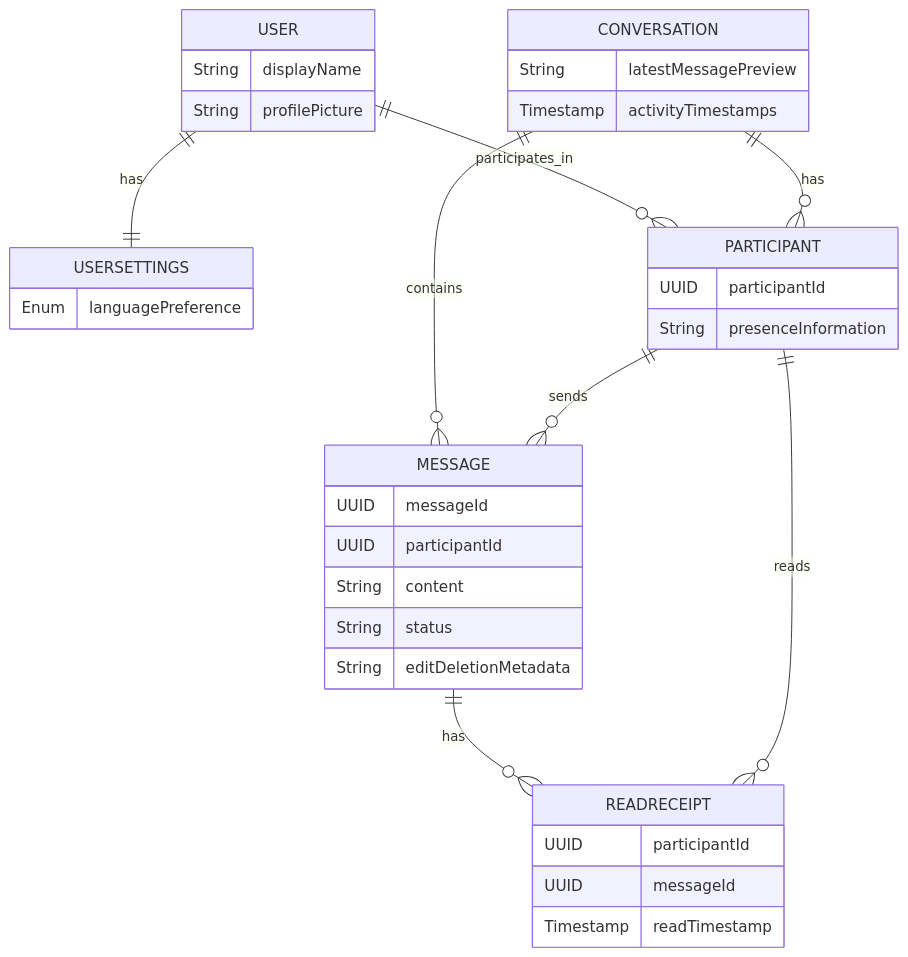
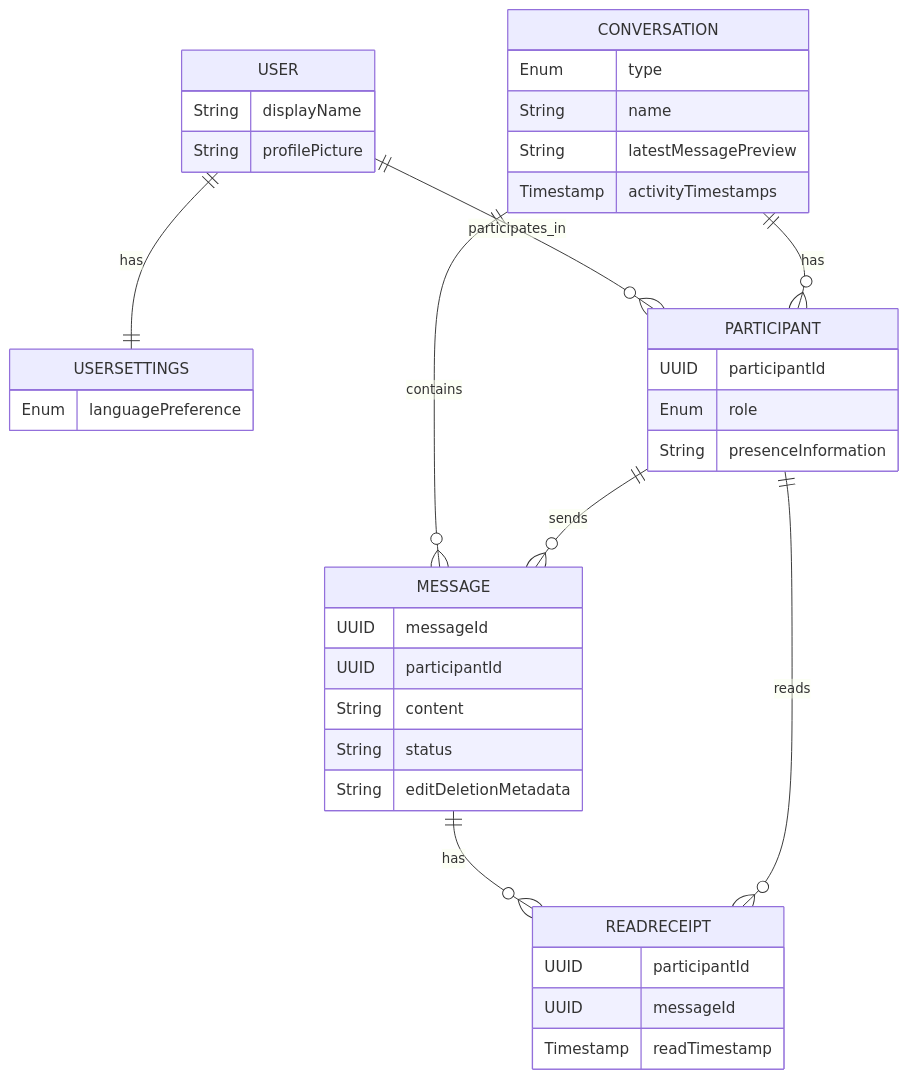
The diagram in docs/Specification.md (timurgilfanov/messenger), drawn with Mermaid before and after one commit. The commit also changed other lines of this file, not shown here.

````diff
--- a/docs/Specification.md
+++ b/docs/Specification.md
@@ -214,38 +240,41 @@
 ```mermaid
 erDiagram
     USER {
         String displayName
         String profilePicture                
     }
     USERSETTINGS {
         Enum languagePreference
     }
     CONVERSATION {
+        Enum type
+        String name
         String latestMessagePreview
         Timestamp activityTimestamps
     }
     PARTICIPANT {
         UUID participantId
+        Enum role
         String presenceInformation
     }
     MESSAGE {
         UUID messageId
         UUID participantId
         String content
         String status
         String editDeletionMetadata        
     }
     READRECEIPT {
         UUID participantId
         UUID messageId
         Timestamp readTimestamp
     }
 
     USER ||--o{ PARTICIPANT : participates_in
     USER ||--|| USERSETTINGS : has
     CONVERSATION ||--o{ PARTICIPANT : has
     CONVERSATION ||--o{ MESSAGE : contains
     MESSAGE ||--o{ READRECEIPT : has
     PARTICIPANT ||--o{ MESSAGE : sends
     PARTICIPANT ||--o{ READRECEIPT : reads
 ```
````
